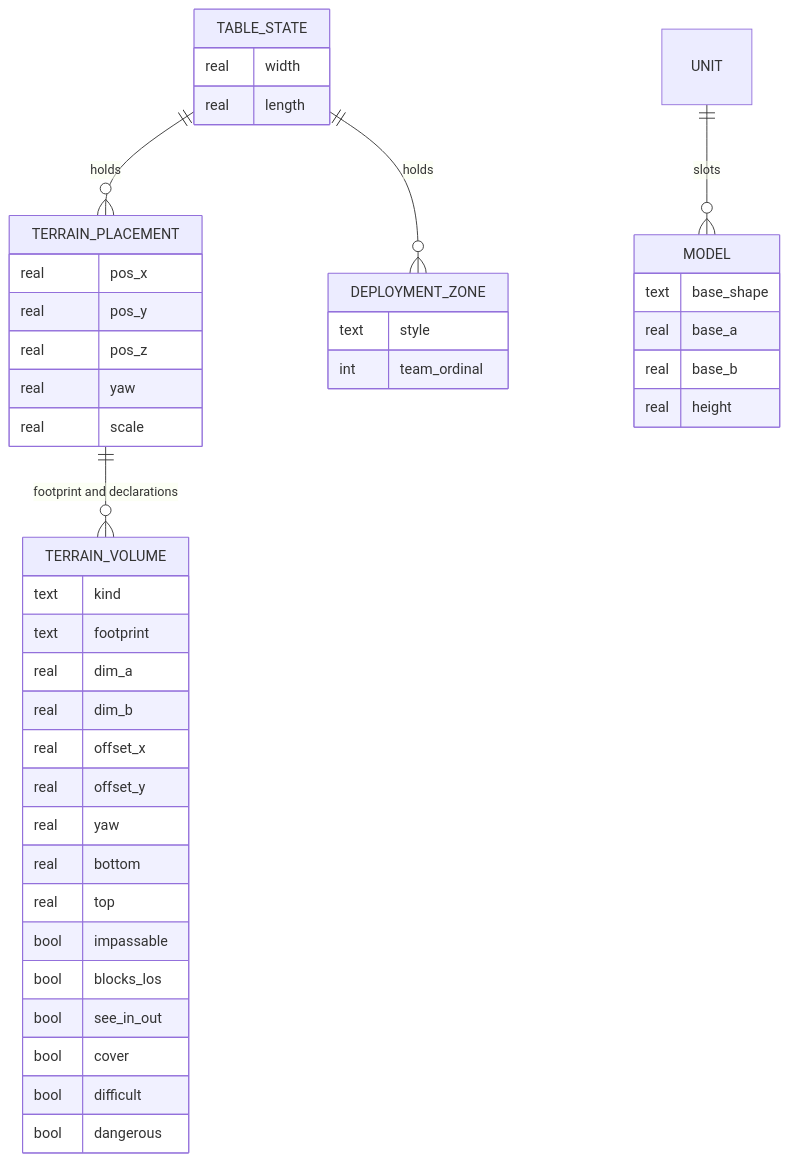
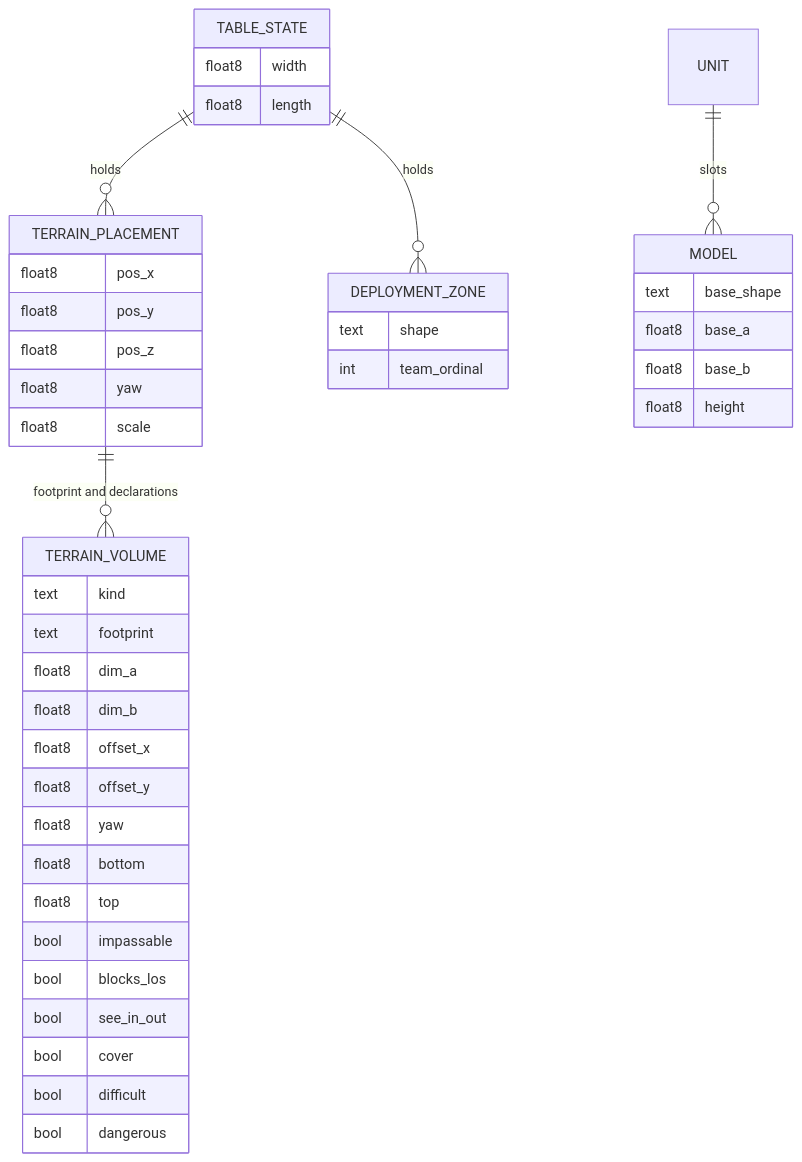
Before and after one commit to cstupi/tabletop: diagram 12 of 12 in docs/design/geometry/design.md, drawn with Mermaid. The commit also changed other lines of this file and 13 other files, not shown here.

Commit message:
Rule on the schema before step 2: shape column, double precision, FK indexes, search path

````diff
--- a/docs/design/geometry/design.md
+++ b/docs/design/geometry/design.md
@@ -1005,45 +1005,45 @@
 ```mermaid
 erDiagram
     TABLE_STATE ||--o{ TERRAIN_PLACEMENT : holds
     TABLE_STATE ||--o{ DEPLOYMENT_ZONE : holds
     TERRAIN_PLACEMENT ||--o{ TERRAIN_VOLUME : "footprint and declarations"
     UNIT ||--o{ MODEL : slots
     TABLE_STATE {
-        real width
-        real length
+        float8 width
+        float8 length
     }
     TERRAIN_PLACEMENT {
-        real pos_x
-        real pos_y
-        real pos_z
-        real yaw
-        real scale
+        float8 pos_x
+        float8 pos_y
+        float8 pos_z
+        float8 yaw
+        float8 scale
     }
     TERRAIN_VOLUME {
         text kind
         text footprint
-        real dim_a
-        real dim_b
-        real offset_x
-        real offset_y
-        real yaw
-        real bottom
-        real top
+        float8 dim_a
+        float8 dim_b
+        float8 offset_x
+        float8 offset_y
+        float8 yaw
+        float8 bottom
+        float8 top
         bool impassable
         bool blocks_los
         bool see_in_out
         bool cover
         bool difficult
         bool dangerous
     }
     DEPLOYMENT_ZONE {
-        text style
+        text shape
         int team_ordinal
     }
     MODEL {
         text base_shape
-        real base_a
-        real base_b
-        real height
+        float8 base_a
+        float8 base_b
+        float8 height
     }
 ```
````
